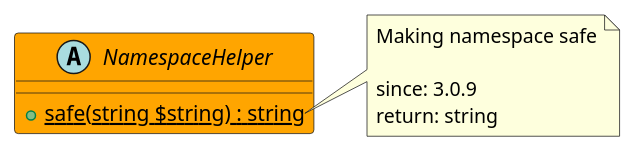
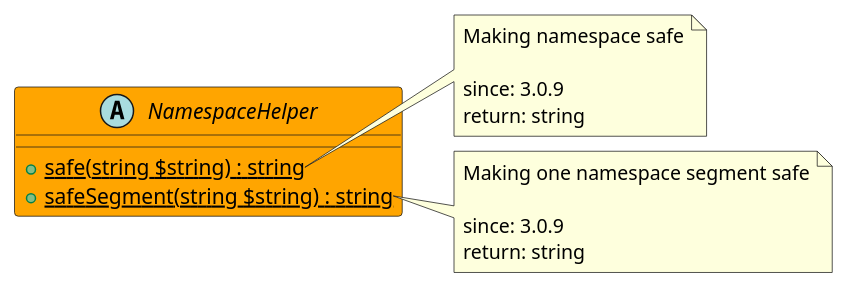
Before and after one commit to joomengine/super-powers: the diagram in src/ce8cf834-6bac-44fb-941c-861f7e046cc0/README.md, drawn with PlantUML. The commit also changed 39 other files, not shown here.

````diff
--- a/src/ce8cf834-6bac-44fb-941c-861f7e046cc0/README.md
+++ b/src/ce8cf834-6bac-44fb-941c-861f7e046cc0/README.md
@@ -11,15 +11,23 @@
 ```uml
 @startuml
 abstract NamespaceHelper  #Orange {
   + {static} safe(string $string) : string
+  + {static} safeSegment(string $string) : string
 }
 
 note right of NamespaceHelper::safe
   Making namespace safe
 
   since: 3.0.9
   return: string
 end note
+
+note right of NamespaceHelper::safeSegment
+  Making one namespace segment safe
+
+  since: 3.0.9
+  return: string
+end note
  
 @enduml
 ```
````
